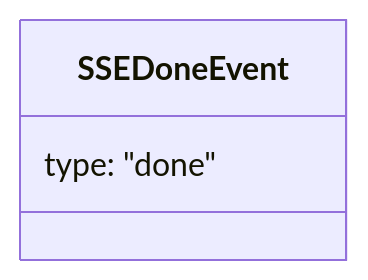
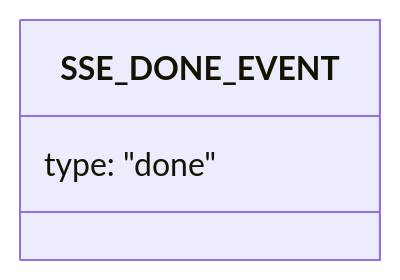
Diagram 21 of 22 in plan/11-transport.md (1qh/safeagent), drawn with Mermaid before and after one commit. The commit also changed other lines of this file and 7 other files, not shown here.

Commit message:
plan: fix Mermaid node IDs to UPPER_SNAKE across all files

````diff
--- a/plan/11-transport.md
+++ b/plan/11-transport.md
@@ -590,6 +590,6 @@
 ```mermaid
 classDiagram
-    class SSEDoneEvent {
+    class SSE_DONE_EVENT {
         type: "done"
     }
 ```
````
